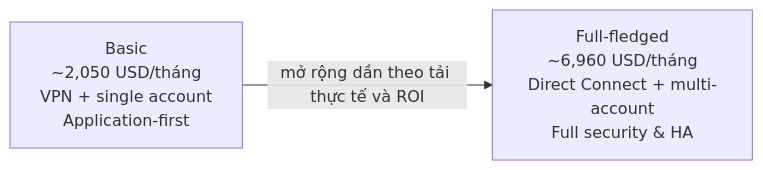
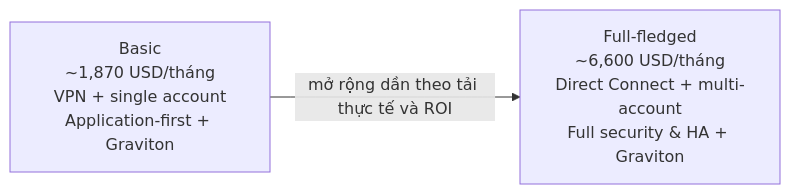
The third of 4 diagrams in aws-adoption-for-sme.md (hinorashi/homecommer), drawn with Mermaid before and after one commit. The commit also changed other lines of this file, not shown here.

Commit message:
Cập nhật tài liệu AWS Cloud Adoption: bổ sung chi tiết về Well-Architected Framework, thêm RTO/RPO, CI/CD và chiến lược triển khai, điều chỉnh ước tính chi phí cho các dịch vụ AWS.

````diff
--- a/aws-adoption-for-sme.md
+++ b/aws-adoption-for-sme.md
@@ -389,4 +401,4 @@
 ```mermaid
 flowchart LR
-  Basic["Basic\n~2,050 USD/tháng\nVPN + single account\nApplication-first"] -->|mở rộng dần theo tải thực tế và ROI| Full["Full-fledged\n~6,960 USD/tháng\nDirect Connect + multi-account\nFull security & HA"]
+  Basic["Basic\n~1,870 USD/tháng\nVPN + single account\nApplication-first + Graviton"] -->|mở rộng dần theo tải thực tế và ROI| Full["Full-fledged\n~6,600 USD/tháng\nDirect Connect + multi-account\nFull security & HA + Graviton"]
 ```
````
